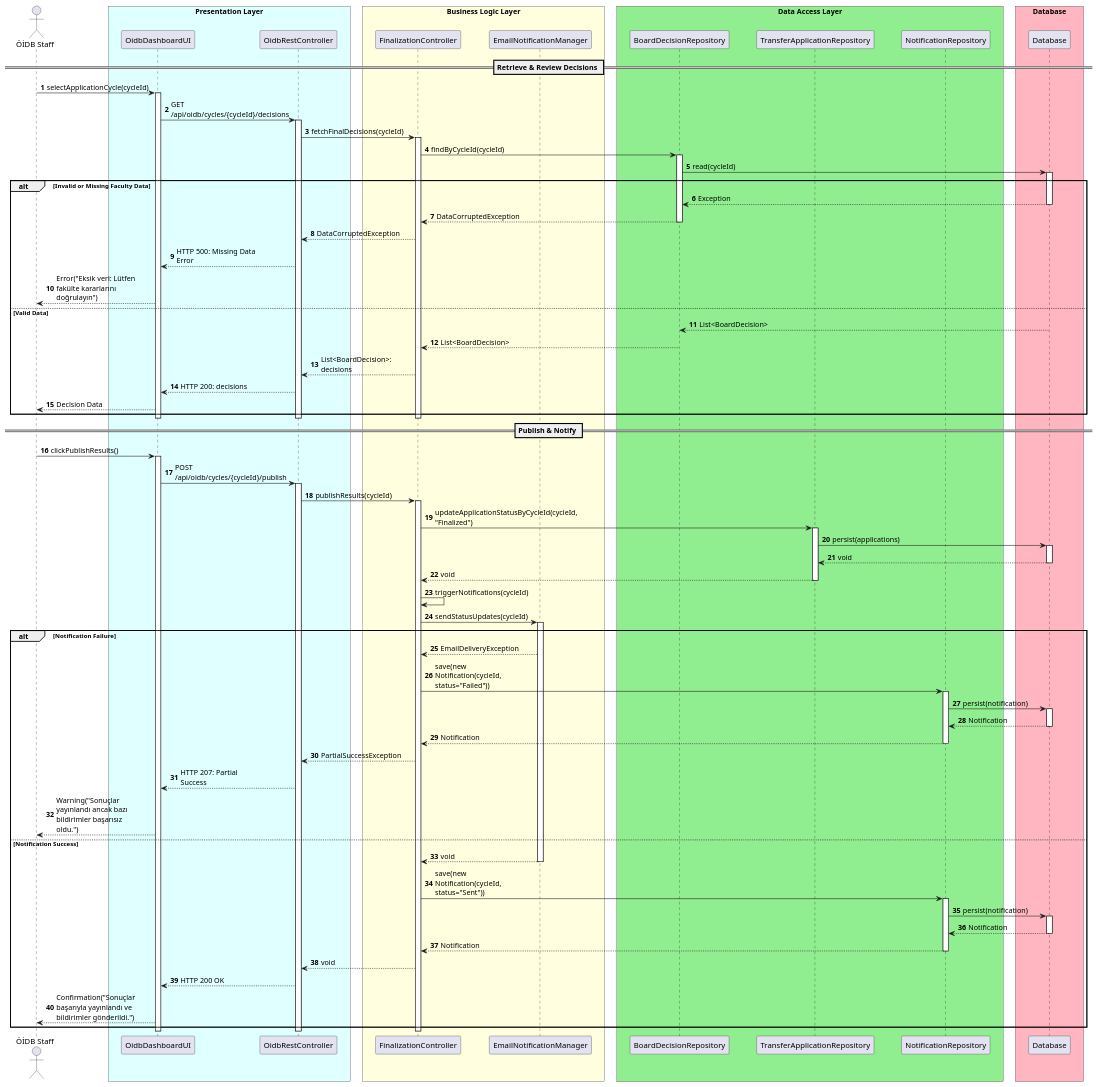
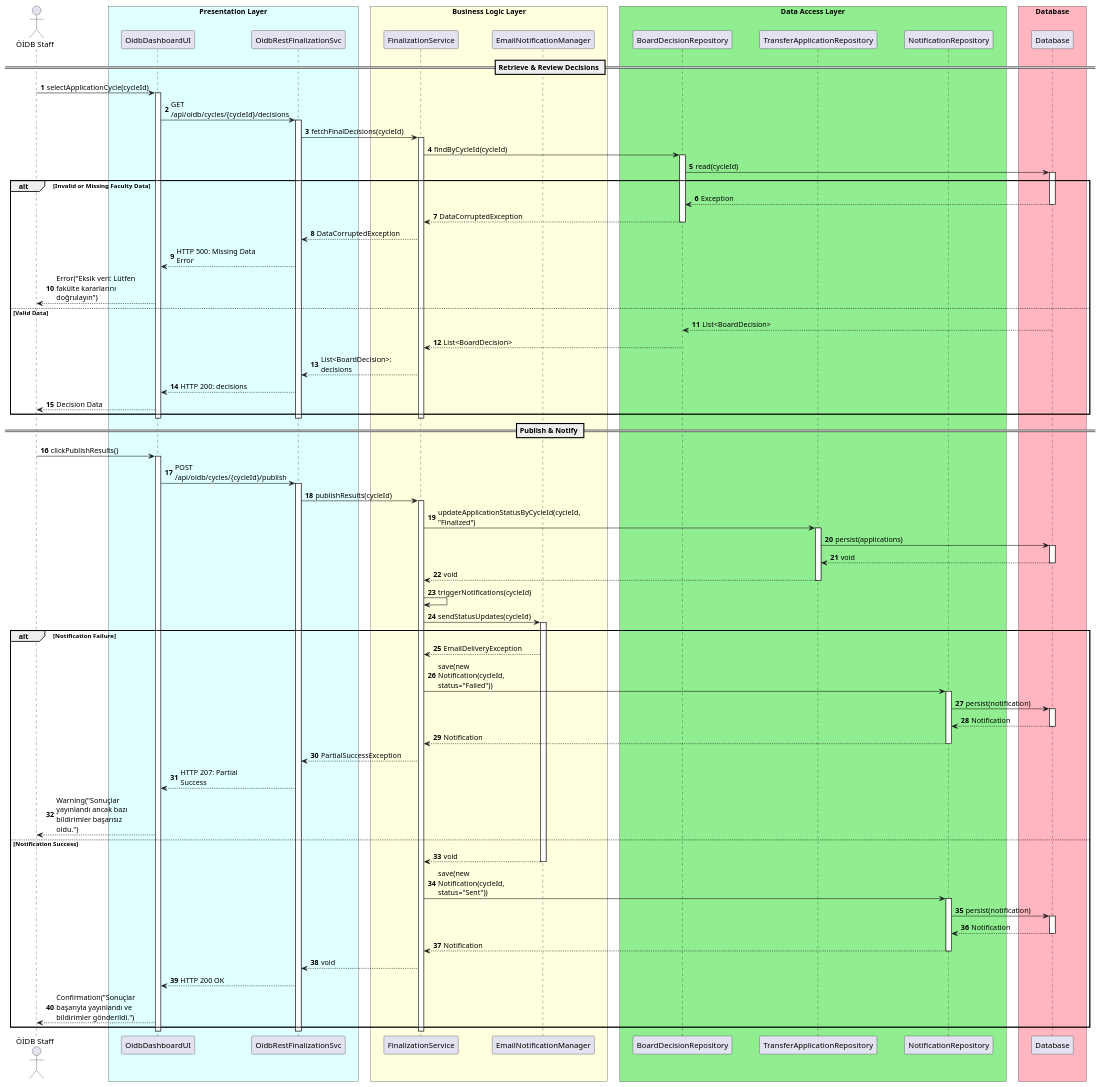
The diagram in docs/uml/uc-6-updated.puml (UTMS-G02/utms), drawn with PlantUML before and after one commit. The commit also changed 7 other files, not shown here.

First line of the commit message:
docs(sequence-diagrams): fix BL class names and aliases in sequence diagrams

```diff
--- a/docs/uml/uc-6-updated.puml
+++ b/docs/uml/uc-6-updated.puml
@@ -1,129 +1,129 @@
 @startuml uc-6
 autonumber
 skinparam maxMessageSize 150
 skinparam ParticipantPadding 20
 skinparam BoxPadding 10
 
 actor "ÖİDB Staff" as Staff
 
 box "Presentation Layer" #LightCyan
     participant "OidbDashboardUI" as UI
-    participant "OidbRestController" as RestController
+    participant "OidbRestFinalizationSvc" as RestFinalizationSvc
 end box
 
 box "Business Logic Layer" #LightYellow
-    participant "FinalizationController" as Controller
+    participant "FinalizationService" as FinalizationSvc
     participant "EmailNotificationManager" as EmailManager
 end box
 
 box "Data Access Layer" #LightGreen
     participant "BoardDecisionRepository" as DecisionDB
     participant "TransferApplicationRepository" as AppDB
     participant "NotificationRepository" as LogDB
 end box
 
 box "Database" #LightPink
     participant "Database" as DB
 end box
 
 == Retrieve & Review Decisions ==
 
 Staff -> UI: selectApplicationCycle(cycleId)
 activate UI
 
-UI -> RestController: GET /api/oidb/cycles/{cycleId}/decisions
-activate RestController
+UI -> RestFinalizationSvc: GET /api/oidb/cycles/{cycleId}/decisions
+activate RestFinalizationSvc
 
-RestController -> Controller: fetchFinalDecisions(cycleId)
-activate Controller
+RestFinalizationSvc -> FinalizationSvc: fetchFinalDecisions(cycleId)
+activate FinalizationSvc
 
-Controller -> DecisionDB: findByCycleId(cycleId)
+FinalizationSvc -> DecisionDB: findByCycleId(cycleId)
 activate DecisionDB
 DecisionDB -> DB: read(cycleId)
 activate DB
 
 alt Invalid or Missing Faculty Data
     DB --> DecisionDB: Exception
     deactivate DB
-    DecisionDB --> Controller: DataCorruptedException
+    DecisionDB --> FinalizationSvc: DataCorruptedException
     deactivate DecisionDB
-    Controller --> RestController: DataCorruptedException
-    RestController --> UI: HTTP 500: Missing Data Error
+    FinalizationSvc --> RestFinalizationSvc: DataCorruptedException
+    RestFinalizationSvc --> UI: HTTP 500: Missing Data Error
     UI --> Staff: Error("Eksik veri: Lütfen fakülte kararlarını doğrulayın")
 else Valid Data
     DB --> DecisionDB: List<BoardDecision>
     deactivate DB
-    DecisionDB --> Controller: List<BoardDecision>
+    DecisionDB --> FinalizationSvc: List<BoardDecision>
     deactivate DecisionDB
-    Controller --> RestController: List<BoardDecision>: decisions
-    RestController --> UI: HTTP 200: decisions
+    FinalizationSvc --> RestFinalizationSvc: List<BoardDecision>: decisions
+    RestFinalizationSvc --> UI: HTTP 200: decisions
     UI --> Staff: Decision Data
 end
 
-deactivate Controller
-deactivate RestController
+deactivate FinalizationSvc
+deactivate RestFinalizationSvc
 deactivate UI
 
 == Publish & Notify ==
 
 Staff -> UI: clickPublishResults()
 activate UI
 
-UI -> RestController: POST /api/oidb/cycles/{cycleId}/publish
-activate RestController
+UI -> RestFinalizationSvc: POST /api/oidb/cycles/{cycleId}/publish
+activate RestFinalizationSvc
 
-RestController -> Controller: publishResults(cycleId)
-activate Controller
+RestFinalizationSvc -> FinalizationSvc: publishResults(cycleId)
+activate FinalizationSvc
 
-Controller -> AppDB: updateApplicationStatusByCycleId(cycleId, "Finalized")
+FinalizationSvc -> AppDB: updateApplicationStatusByCycleId(cycleId, "Finalized")
 activate AppDB
 AppDB -> DB: persist(applications)
 activate DB
 DB --> AppDB: void
 deactivate DB
-AppDB --> Controller: void
+AppDB --> FinalizationSvc: void
 deactivate AppDB
 
-Controller -> Controller: triggerNotifications(cycleId)
+FinalizationSvc -> FinalizationSvc: triggerNotifications(cycleId)
 
-Controller -> EmailManager: sendStatusUpdates(cycleId)
+FinalizationSvc -> EmailManager: sendStatusUpdates(cycleId)
 activate EmailManager
 
 alt Notification Failure
-    EmailManager --> Controller: EmailDeliveryException
+    EmailManager --> FinalizationSvc: EmailDeliveryException
 
-    Controller -> LogDB: save(new Notification(cycleId, status="Failed"))
+    FinalizationSvc -> LogDB: save(new Notification(cycleId, status="Failed"))
     activate LogDB
     LogDB -> DB: persist(notification)
     activate DB
     DB --> LogDB: Notification
     deactivate DB
-    LogDB --> Controller: Notification
+    LogDB --> FinalizationSvc: Notification
     deactivate LogDB
 
-    Controller --> RestController: PartialSuccessException
-    RestController --> UI: HTTP 207: Partial Success
+    FinalizationSvc --> RestFinalizationSvc: PartialSuccessException
+    RestFinalizationSvc --> UI: HTTP 207: Partial Success
     UI --> Staff: Warning("Sonuçlar yayınlandı ancak bazı bildirimler başarısız oldu.")
 else Notification Success
-    EmailManager --> Controller: void
+    EmailManager --> FinalizationSvc: void
     deactivate EmailManager
 
-    Controller -> LogDB: save(new Notification(cycleId, status="Sent"))
+    FinalizationSvc -> LogDB: save(new Notification(cycleId, status="Sent"))
     activate LogDB
     LogDB -> DB: persist(notification)
     activate DB
     DB --> LogDB: Notification
     deactivate DB
-    LogDB --> Controller: Notification
+    LogDB --> FinalizationSvc: Notification
     deactivate LogDB
 
-    Controller --> RestController: void
-    RestController --> UI: HTTP 200 OK
+    FinalizationSvc --> RestFinalizationSvc: void
+    RestFinalizationSvc --> UI: HTTP 200 OK
     UI --> Staff: Confirmation("Sonuçlar başarıyla yayınlandı ve bildirimler gönderildi.")
 end
 
-deactivate Controller
-deactivate RestController
+deactivate FinalizationSvc
+deactivate RestFinalizationSvc
 deactivate UI
 
 @enduml
```
